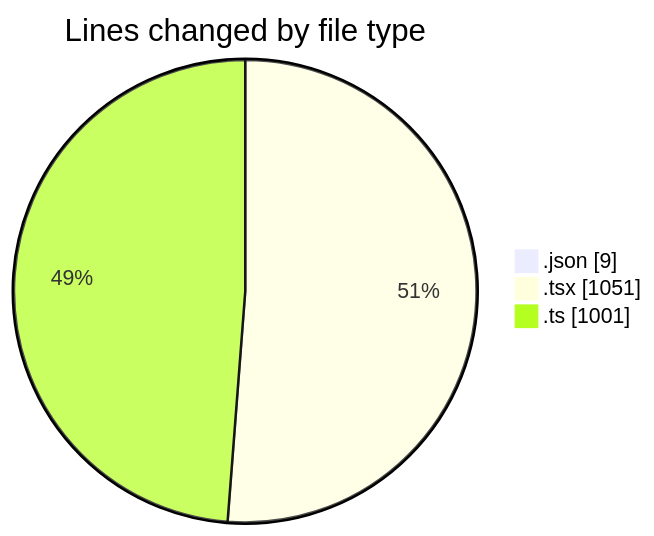
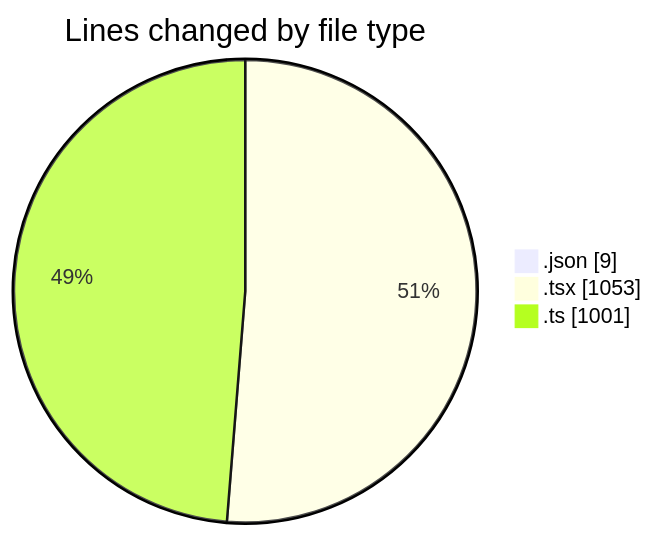
The first of 2 diagrams in 2025-10-27/eventscop-frontend-guide__workspace_/README.md (julien-gomy/code-tracking), drawn with Mermaid before and after one commit. The commit also changed other lines of this file and 1 other file, not shown here.

````diff
--- a/2025-10-27/eventscop-frontend-guide__workspace_/README.md
+++ b/2025-10-27/eventscop-frontend-guide__workspace_/README.md
@@ -26,7 +26,7 @@
 ```mermaid
 pie showData
 title Lines changed by file type
 ".json" : 9
-".tsx" : 1051
+".tsx" : 1053
 ".ts" : 1001
 ```
````
